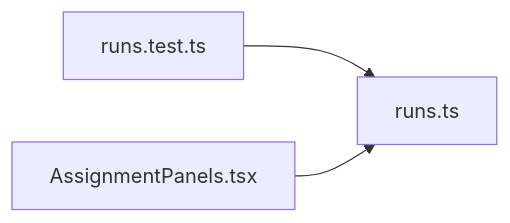
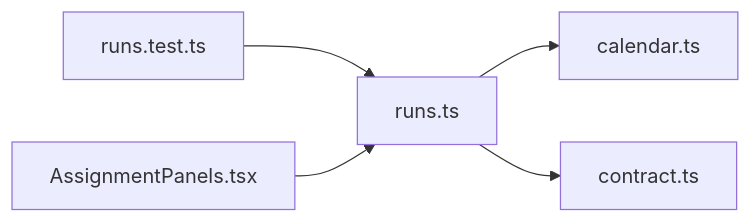
The diagram in .cluedoc/graph/frontend/src/lib/runs.md (minkong-dev/Banblit), drawn with Mermaid before and after one commit. The commit also changed other lines of this file and 19 other files, not shown here.

````diff
--- a/.cluedoc/graph/frontend/src/lib/runs.md
+++ b/.cluedoc/graph/frontend/src/lib/runs.md
@@ -10,6 +10,8 @@
 ```mermaid
 flowchart LR
   frontend_src_lib_runs["runs.ts"]
+  frontend_src_lib_runs --> frontend_src_lib_calendar["calendar.ts"]
+  frontend_src_lib_runs --> frontend_src_lib_contract["contract.ts"]
   frontend_src_lib_runs_test["runs.test.ts"] --> frontend_src_lib_runs
   frontend_src_routes_AssignmentPanels["AssignmentPanels.tsx"] --> frontend_src_lib_runs
 ```
````
